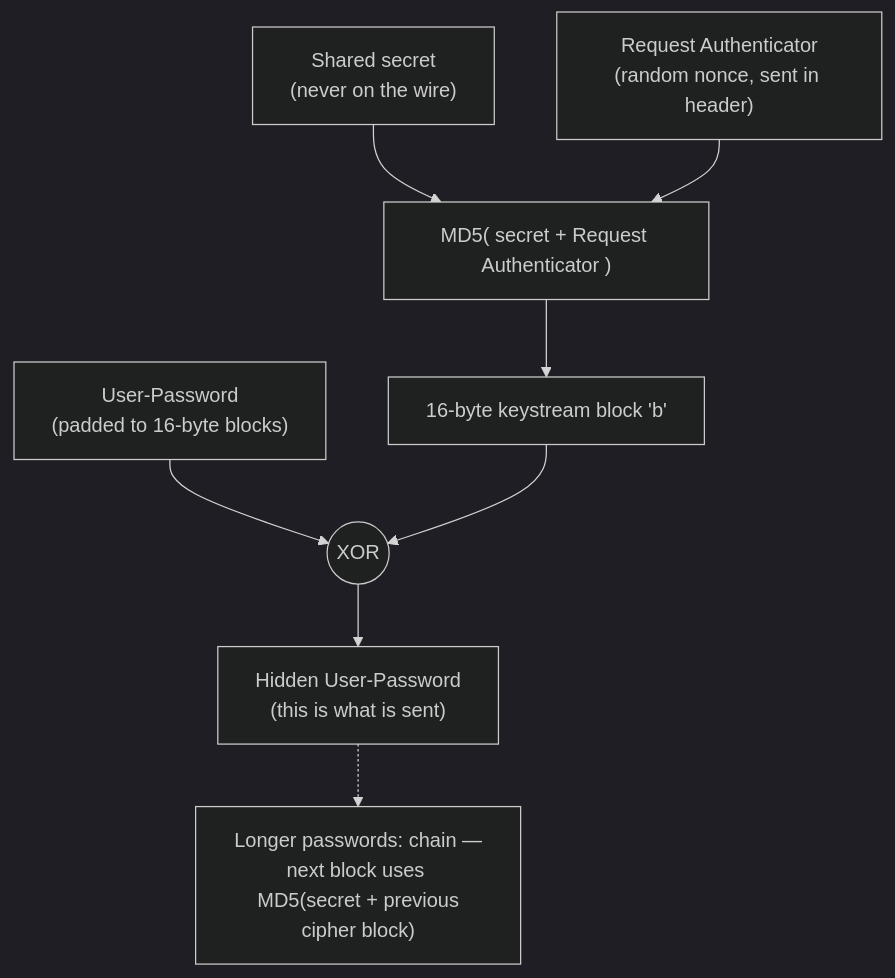
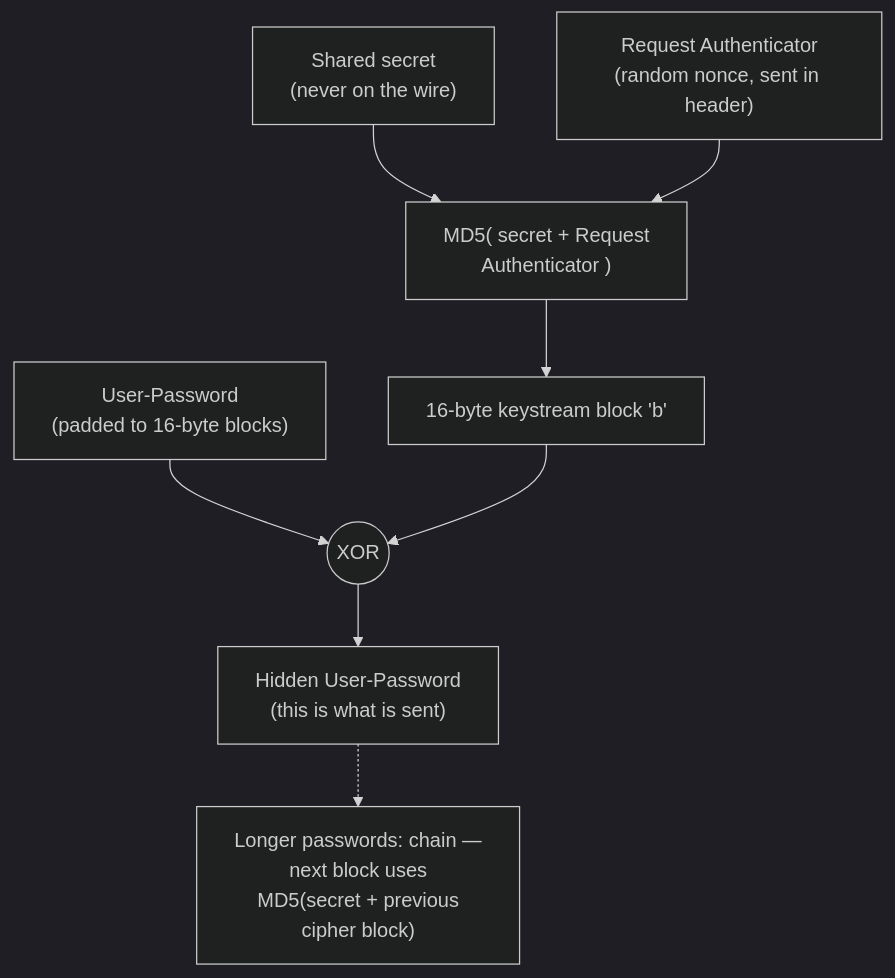
The third of 3 diagrams in protocols/radius.md (morandeirachema/WallixCerts), drawn with Mermaid (dark theme) before and after one commit. The commit also changed 35 other files, not shown here.

First line of the commit message:
Tidy Mermaid boxes: balanced wrapping at a narrower width (36)

````diff
--- a/protocols/radius.md
+++ b/protocols/radius.md
@@ -174,11 +174,11 @@
 ```mermaid
 flowchart TD
-    SS["Shared secret<br/>(never on the wire)"] --> M["MD5( secret + Request Authenticator )"]
+    SS["Shared secret<br/>(never on the wire)"] --> M["MD5( secret + Request<br/>Authenticator )"]
     RA["Request Authenticator<br/>(random nonce, sent in header)"] --> M
     M --> KS["16-byte keystream block 'b'"]
     PW["User-Password<br/>(padded to 16-byte blocks)"] --> X(("XOR"))
     KS --> X
     X --> HID["Hidden User-Password<br/>(this is what is sent)"]
-    Note["Longer passwords: chain —<br/>next block uses MD5(secret + previous<br/>cipher block)"]
+    Note["Longer passwords: chain —<br/>next block uses<br/>MD5(secret + previous<br/>cipher block)"]
     HID -.-> Note
 ```
````
